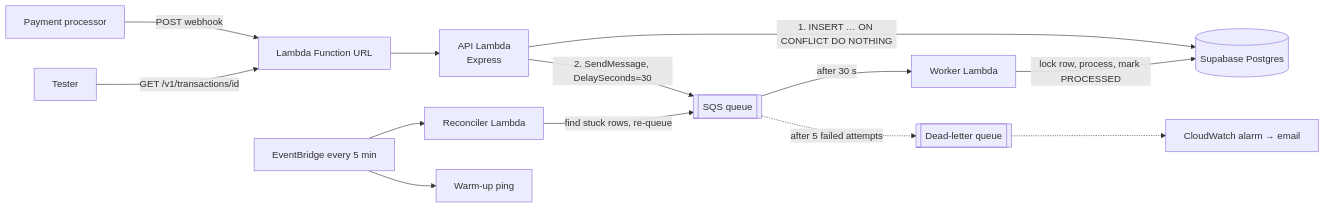
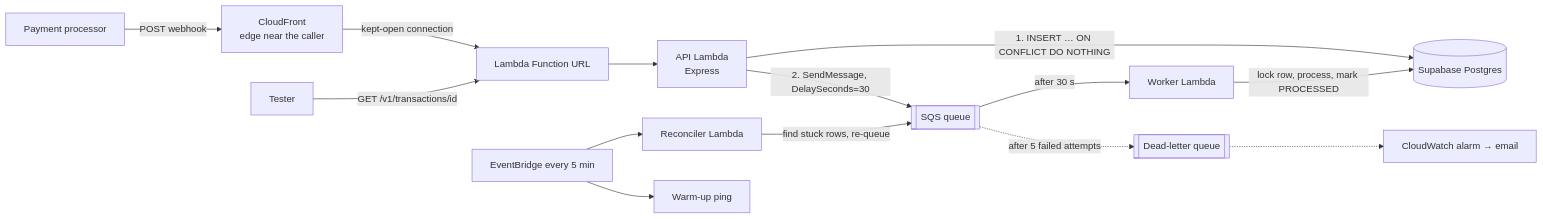
The first of 2 diagrams in README.md (priyanshirathour16/transaction-webhook-service), drawn with Mermaid before and after one commit. The commit also changed other lines of this file and 1 other file, not shown here.

First line of the commit message:
Record the CloudFront deployment and measurements from India [skip ci]

````diff
--- a/README.md
+++ b/README.md
@@ -35,15 +35,16 @@
 ```mermaid
 flowchart LR
-    PP[Payment processor] -->|POST webhook| FU[Lambda Function URL]
+    PP[Payment processor] -->|POST webhook| CF[CloudFront<br/>edge near the caller]
+    CF -->|kept-open connection| FU[Lambda Function URL]
     FU --> API[API Lambda<br/>Express]
     API -->|1. INSERT … ON CONFLICT DO NOTHING| DB[(Supabase Postgres)]
     API -->|2. SendMessage, DelaySeconds=30| Q[[SQS queue]]
     Q -->|after 30 s| W[Worker Lambda]
     W -->|lock row, process, mark PROCESSED| DB
     Q -.->|after 5 failed attempts| DLQ[[Dead-letter queue]]
     DLQ -.-> AL[CloudWatch alarm → email]
     EB[EventBridge every 5 min] --> REC[Reconciler Lambda]
     REC -->|find stuck rows, re-queue| Q
     EB --> WARM[Warm-up ping]
     TESTER[Tester] -->|GET /v1/transactions/id| FU
 ```
````
